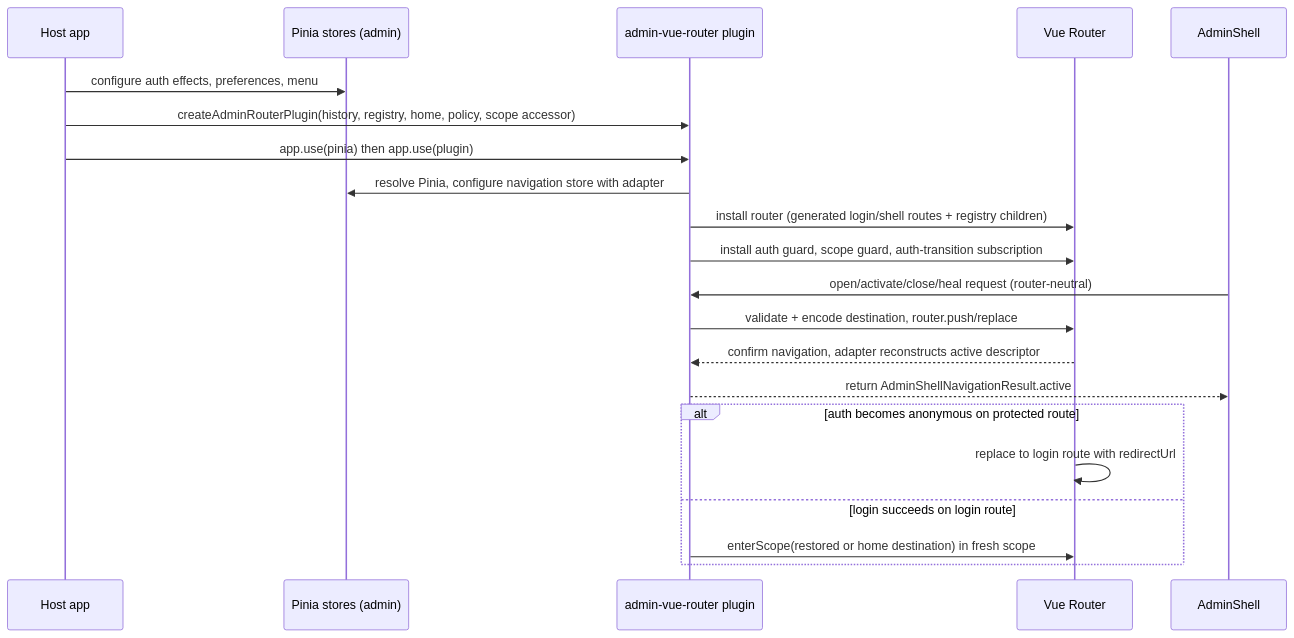
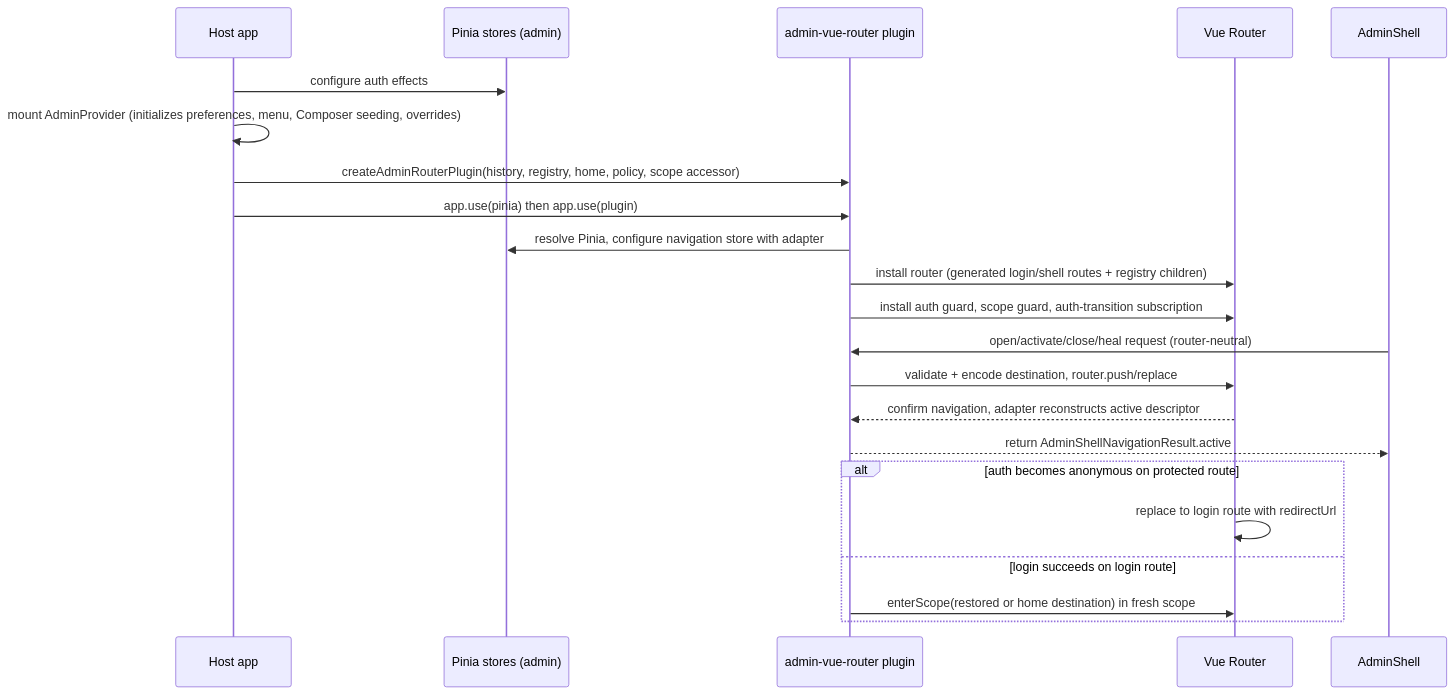
Before and after one commit to hechang27-sprt/noob-components-v2: the second of 2 diagrams in openwiki/architecture/ownership-contract.md, drawn with Mermaid. The commit also changed other lines of this file and 11 other files, not shown here.

````diff
--- a/openwiki/architecture/ownership-contract.md
+++ b/openwiki/architecture/ownership-contract.md
@@ -96,23 +101,24 @@
 ```mermaid
 sequenceDiagram
     participant H as Host app
     participant P as Pinia stores (admin)
     participant R as admin-vue-router plugin
     participant V as Vue Router
     participant S as AdminShell
-    H->>P: configure auth effects, preferences, menu
+    H->>P: configure auth effects
+    H->>H: mount AdminProvider (initializes preferences, menu, Composer seeding, overrides)
     H->>R: createAdminRouterPlugin(history, registry, home, policy, scope accessor)
     H->>R: app.use(pinia) then app.use(plugin)
     R->>P: resolve Pinia, configure navigation store with adapter
     R->>V: install router (generated login/shell routes + registry children)
     R->>V: install auth guard, scope guard, auth-transition subscription
     S->>R: open/activate/close/heal request (router-neutral)
     R->>V: validate + encode destination, router.push/replace
     V-->>R: confirm navigation, adapter reconstructs active descriptor
     R-->>S: return AdminShellNavigationResult.active
     alt auth becomes anonymous on protected route
         V->>V: replace to login route with redirectUrl
     else login succeeds on login route
         R->>V: enterScope(restored or home destination) in fresh scope
     end
 ```
````
